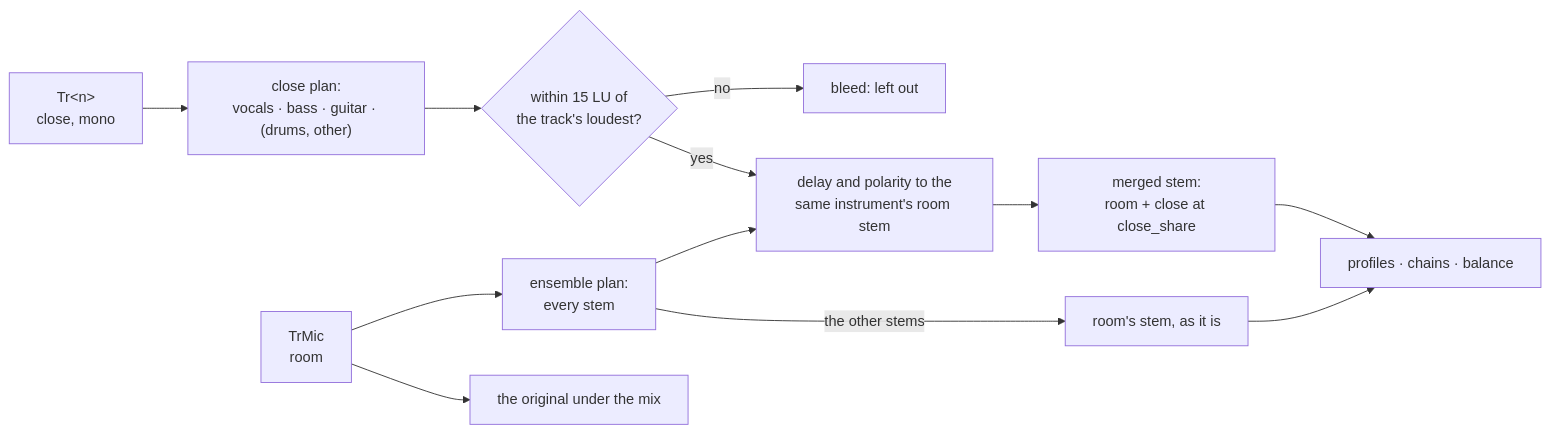
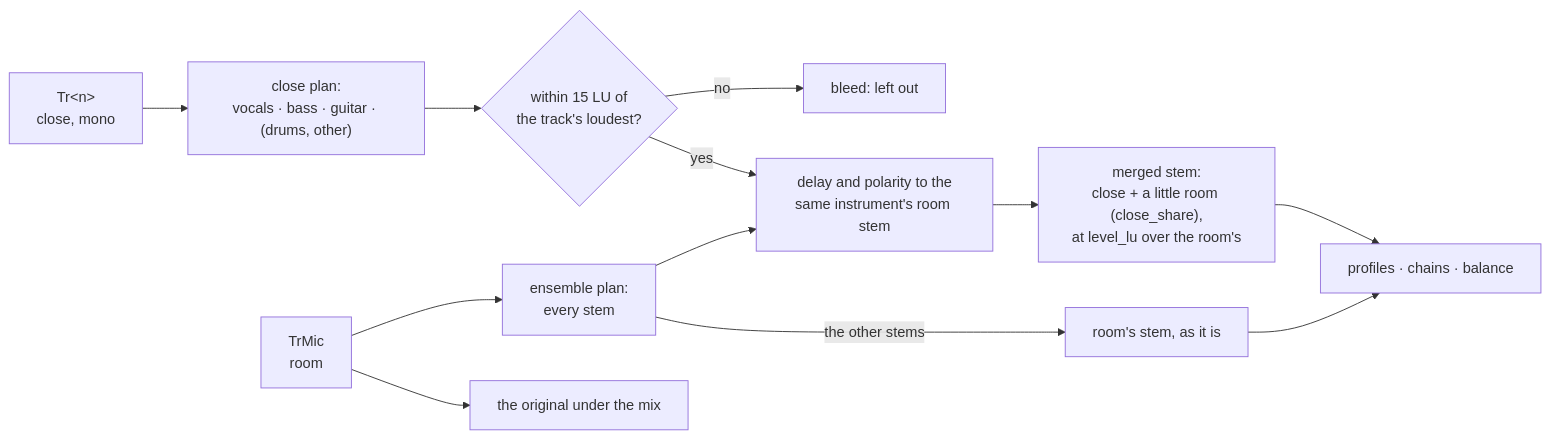
One commit to desmoteo/mooz changed the second of 6 diagrams in docs/DESIGN.md. Above: the diagram before and after it, drawn with Mermaid. The commit also changed other lines of this file and 97 other files, not shown here.

````diff
--- a/docs/DESIGN.md
+++ b/docs/DESIGN.md
@@ -127,13 +127,13 @@
 ```mermaid
 flowchart LR
     MIC["TrMic<br/>room"] --> R["ensemble plan:<br/>every stem"]
     T2["Tr&lt;n&gt;<br/>close, mono"] --> C["close plan:<br/>vocals · bass · guitar · (drums, other)"]
     C --> G{"within 15 LU of<br/>the track's loudest?"}
     G -- no --> X["bleed: left out"]
     G -- yes --> AL["delay and polarity to the<br/>same instrument's room stem"]
     R --> AL
-    AL --> M["merged stem:<br/>room + close at close_share"]
+    AL --> M["merged stem:<br/>close + a little room (close_share),<br/>at level_lu over the room's"]
     R -- "the other stems" --> M2["room's stem, as it is"]
     M & M2 --> CH["profiles · chains · balance"]
     MIC --> ORIG["the original under the mix"]
 ```
````
